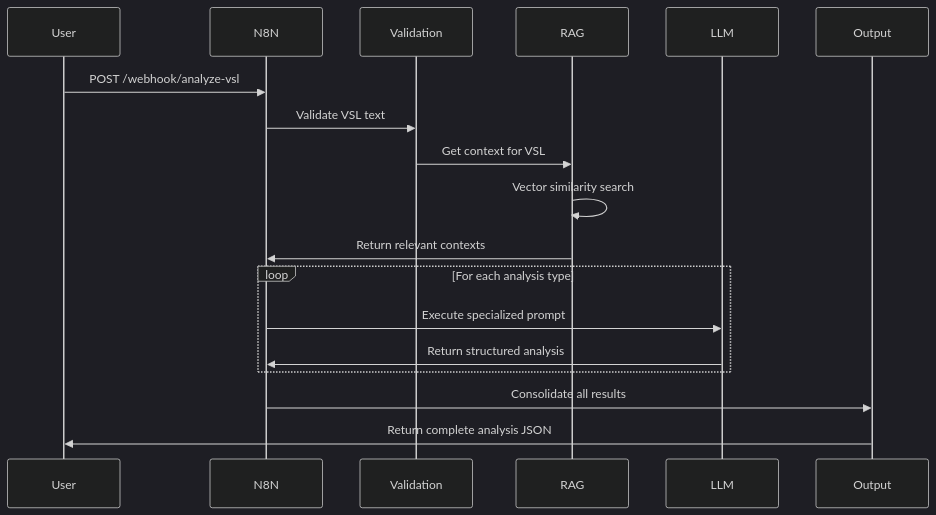
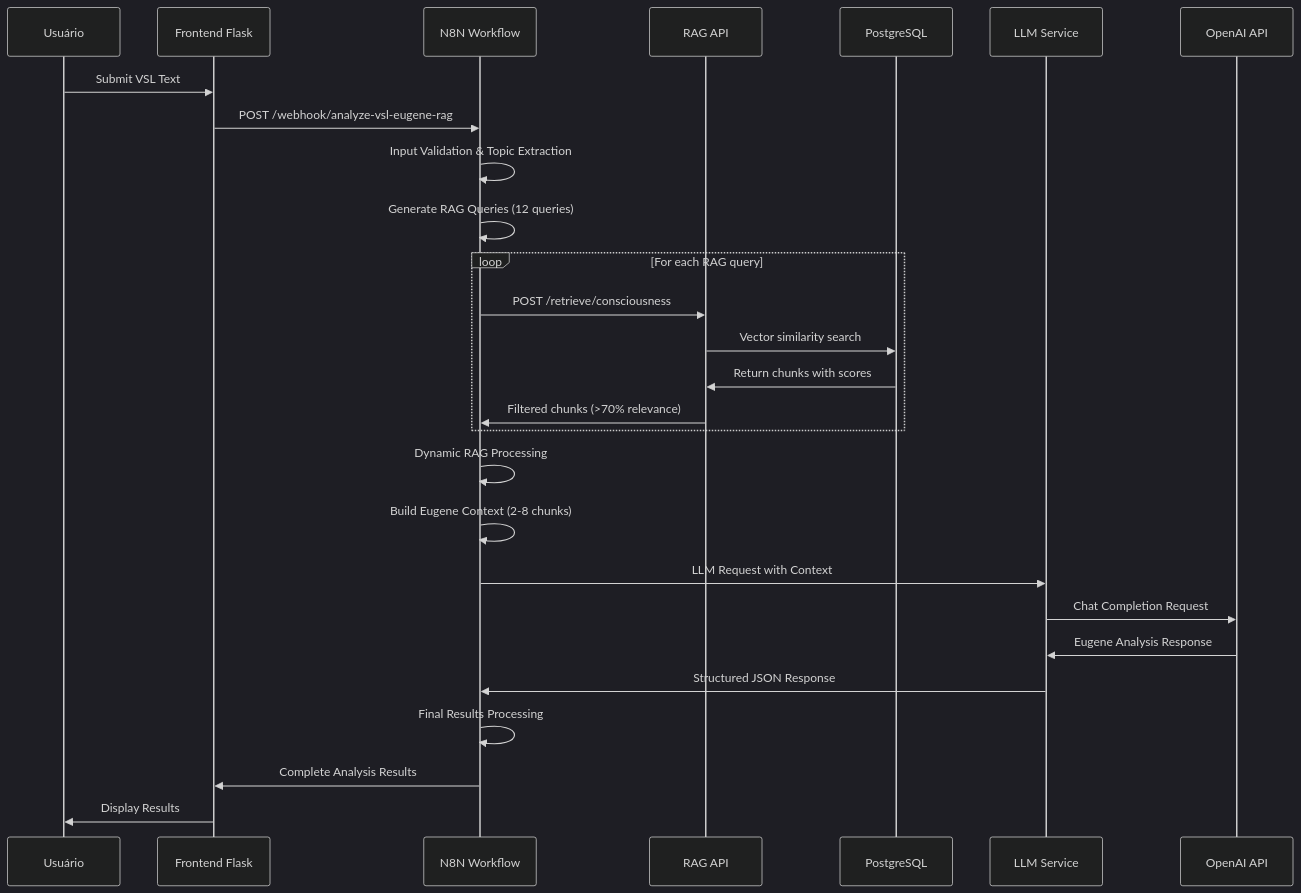
Before and after one commit to DiegoSouzadsp/vitascience-eugene-ai: the second of 3 diagrams in VITASCIENCE_DELIVERY/docs/ARCHITECTURE.md, drawn with Mermaid (dark theme). The commit also changed other lines of this file and 1 other file, not shown here.

````diff
--- a/VITASCIENCE_DELIVERY/docs/ARCHITECTURE.md
+++ b/VITASCIENCE_DELIVERY/docs/ARCHITECTURE.md
@@ -305,23 +144,32 @@
 ```mermaid
 sequenceDiagram
-    participant User
-    participant N8N
-    participant Validation
-    participant RAG
-    participant LLM
-    participant Output
+    participant U as Usuário
+    participant F as Frontend Flask
+    participant N as N8N Workflow
+    participant R as RAG API
+    participant P as PostgreSQL
+    participant L as LLM Service
+    participant O as OpenAI API
 
-    User->>N8N: POST /webhook/analyze-vsl
-    N8N->>Validation: Validate VSL text
-    Validation->>RAG: Get context for VSL
-    RAG->>RAG: Vector similarity search
-    RAG->>N8N: Return relevant contexts
+    U->>F: Submit VSL Text
+    F->>N: POST /webhook/analyze-vsl-eugene-rag
+    N->>N: Input Validation & Topic Extraction
+    N->>N: Generate RAG Queries (12 queries)
 
-    loop For each analysis type
-        N8N->>LLM: Execute specialized prompt
-        LLM->>N8N: Return structured analysis
+    loop For each RAG query
+        N->>R: POST /retrieve/consciousness
+        R->>P: Vector similarity search
+        P->>R: Return chunks with scores
+        R->>N: Filtered chunks (>70% relevance)
     end
 
-    N8N->>Output: Consolidate all results
-    Output->>User: Return complete analysis JSON
+    N->>N: Dynamic RAG Processing
+    N->>N: Build Eugene Context (2-8 chunks)
+    N->>L: LLM Request with Context
+    L->>O: Chat Completion Request
+    O->>L: Eugene Analysis Response
+    L->>N: Structured JSON Response
+    N->>N: Final Results Processing
+    N->>F: Complete Analysis Results
+    F->>U: Display Results
 ```
````
